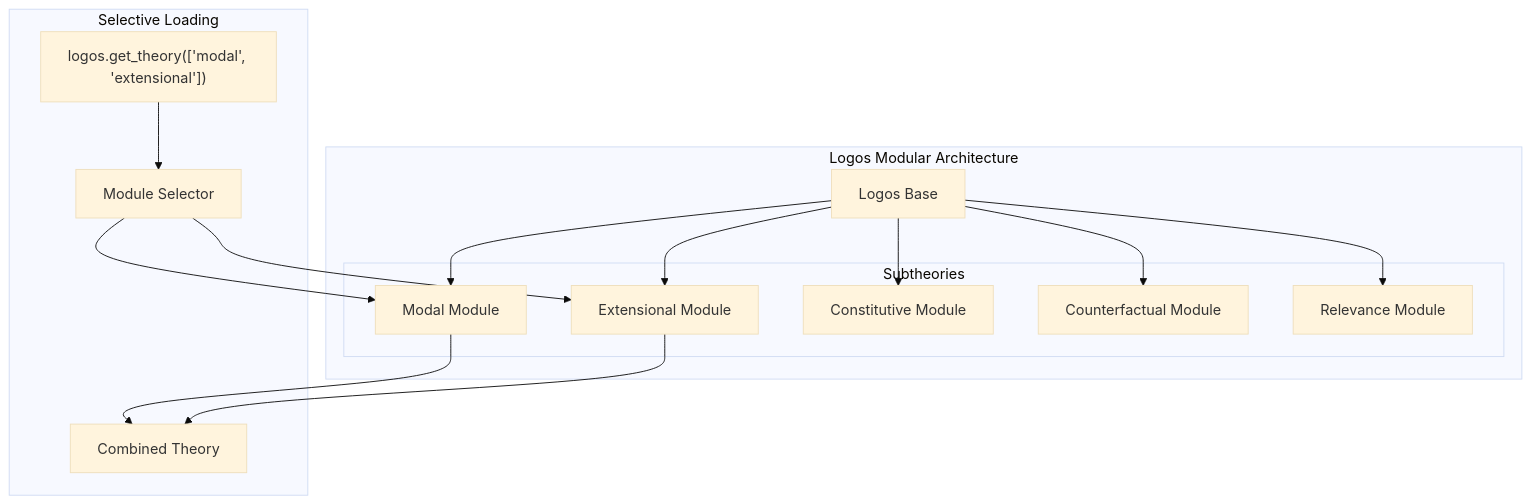
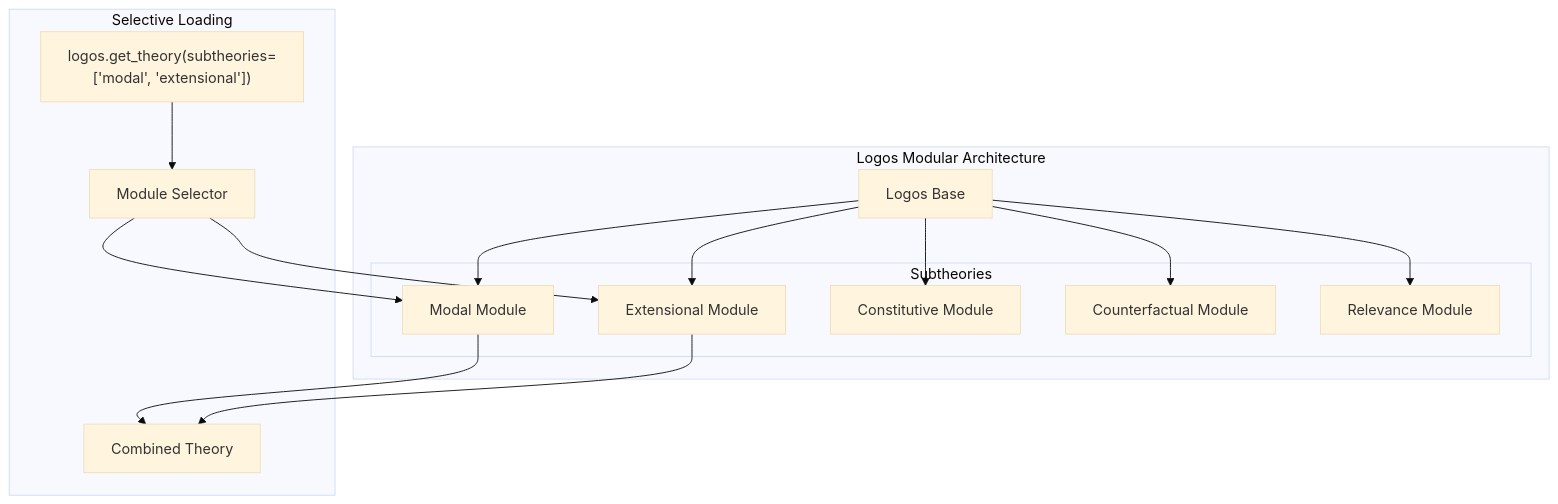
The third of 14 diagrams in docs/architecture/THEORY_LIB.md (benbrastmckie/ModelChecker), drawn with Mermaid (base theme) before and after one commit. The commit also changed 28 other files, not shown here.

First line of the commit message:
task 126 phase 11: fix examples contract bugs and unify get_theory signatures

````diff
--- a/docs/architecture/THEORY_LIB.md
+++ b/docs/architecture/THEORY_LIB.md
@@ -94,32 +94,32 @@
 ```mermaid
 graph TD
     subgraph "Logos Modular Architecture"
         LogosBase[Logos Base]
         
         subgraph "Subtheories"
             Extensional[Extensional Module]
             Modal[Modal Module]
             Constitutive[Constitutive Module]
             Counterfactual[Counterfactual Module]
             Relevance[Relevance Module]
         end
         
         LogosBase --> Extensional
         LogosBase --> Modal
         LogosBase --> Constitutive
         LogosBase --> Counterfactual
         LogosBase --> Relevance
     end
     
     subgraph "Selective Loading"
-        LoadRequest["logos.get_theory(['modal', 'extensional'])"]
+        LoadRequest["logos.get_theory(subtheories=['modal', 'extensional'])"]
         ModuleSelector[Module Selector]
         CombinedTheory[Combined Theory]
     end
     
     LoadRequest --> ModuleSelector
     ModuleSelector --> Modal
     ModuleSelector --> Extensional
     Modal --> CombinedTheory
     Extensional --> CombinedTheory
 ```
````
